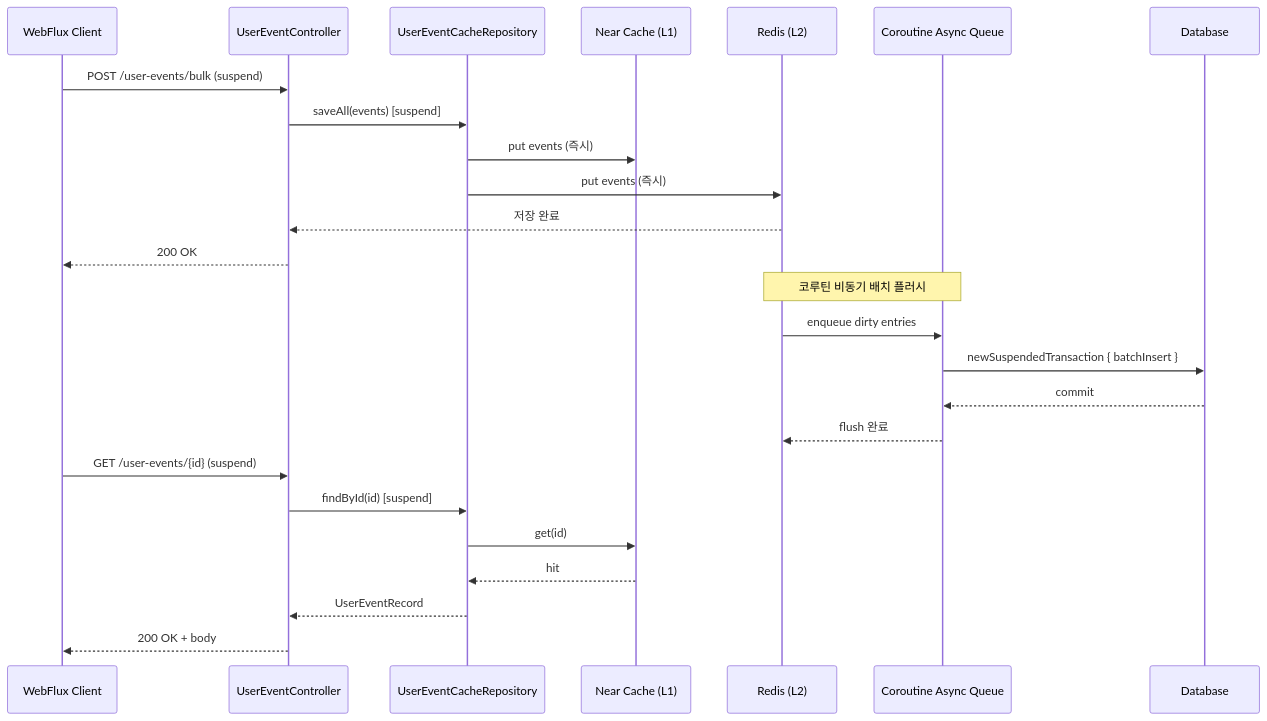
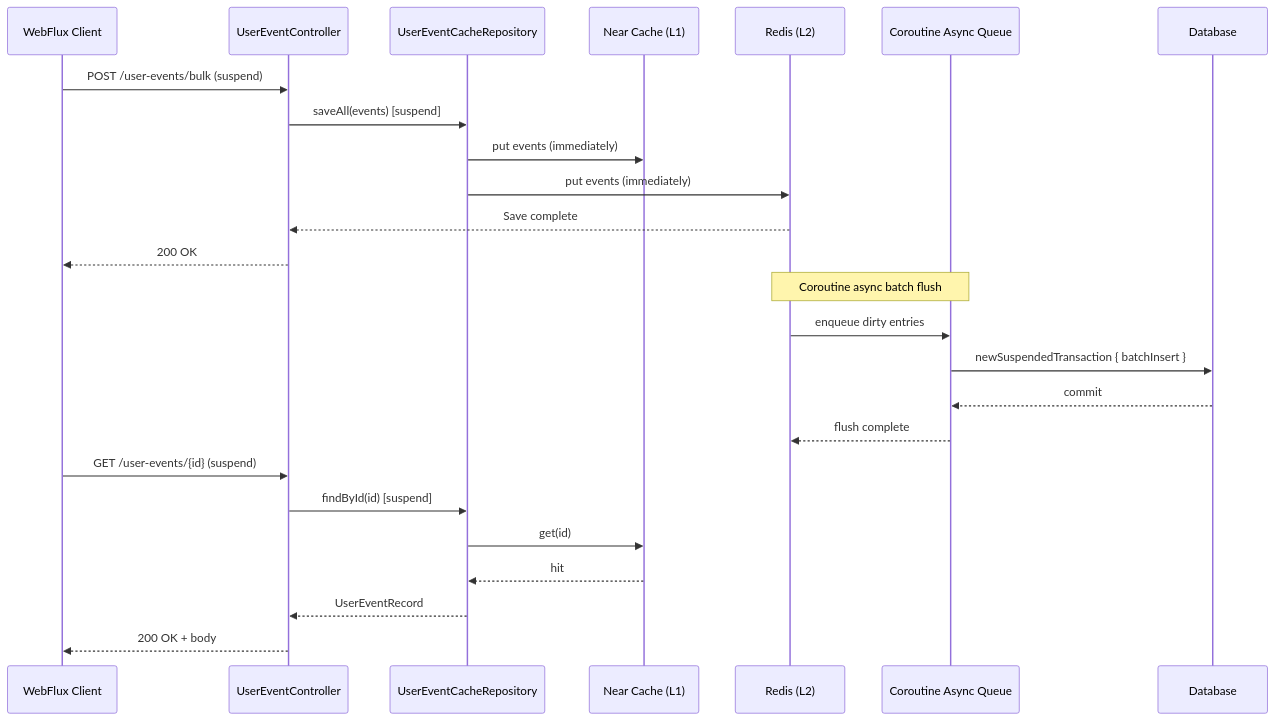
Before and after one commit to bluetape4k/exposed-workshop: the third of 4 diagrams in 11-high-performance/02-cache-strategies-coroutines/README.md, drawn with Mermaid. The commit also changed other lines of this file and 115 other files, not shown here.

````diff
--- a/11-high-performance/02-cache-strategies-coroutines/README.md
+++ b/11-high-performance/02-cache-strategies-coroutines/README.md
@@ -143,27 +144,27 @@
 ```mermaid
 sequenceDiagram
     participant C as WebFlux Client
     participant Ctrl as UserEventController
     participant R as UserEventCacheRepository
     participant NC as Near Cache (L1)
     participant RD as Redis (L2)
     participant Q as Coroutine Async Queue
     participant DB as Database
     C ->> Ctrl: POST /user-events/bulk (suspend)
     Ctrl ->> R: saveAll(events) [suspend]
-    R ->> NC: put events (즉시)
-    R ->> RD: put events (즉시)
-    RD -->> Ctrl: 저장 완료
+    R ->> NC: put events (immediately)
+    R ->> RD: put events (immediately)
+    RD -->> Ctrl: Save complete
     Ctrl -->> C: 200 OK
-    Note over RD, Q: 코루틴 비동기 배치 플러시
+    Note over RD, Q: Coroutine async batch flush
     RD ->> Q: enqueue dirty entries
     Q ->> DB: newSuspendedTransaction { batchInsert }
     DB -->> Q: commit
-    Q -->> RD: flush 완료
+    Q -->> RD: flush complete
     C ->> Ctrl: GET /user-events/{id} (suspend)
     Ctrl ->> R: findById(id) [suspend]
     R ->> NC: get(id)
     NC -->> R: hit
     R -->> Ctrl: UserEventRecord
     Ctrl -->> C: 200 OK + body
 ```
````
